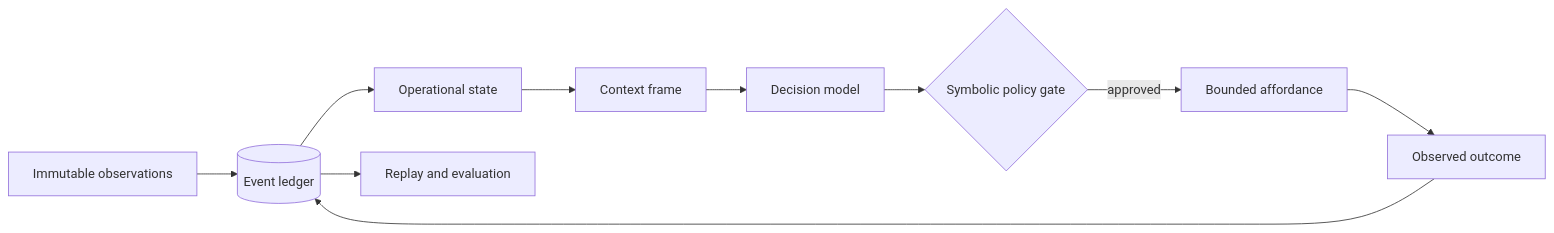
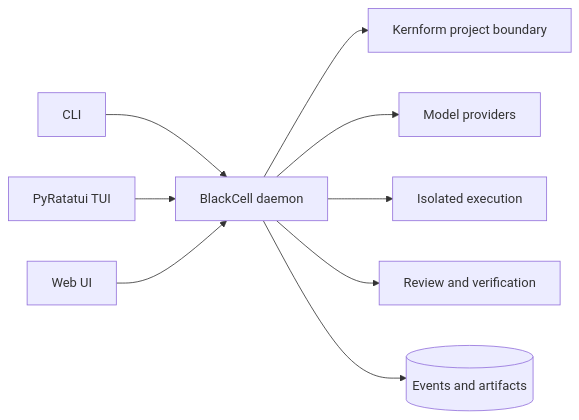
One commit to kmosoti/blackcell changed the diagram in README.md. Above: the diagram before and after it, drawn with Mermaid. The commit also changed other lines of this file and 168 other files, not shown here.

Commit message:
Build the BlackCell alpha runtime

````diff
--- a/README.md
+++ b/README.md
@@ -56,12 +48,11 @@
 ```mermaid
 flowchart LR
-    O[Immutable observations] --> L[(Event ledger)]
-    L --> S[Operational state]
-    S --> C[Context frame]
-    C --> M[Decision model]
-    M --> G{Symbolic policy gate}
-    G -->|approved| A[Bounded affordance]
-    A --> R[Observed outcome]
-    R --> L
-    L --> P[Replay and evaluation]
+    C[CLI] --> D[BlackCell daemon]
+    T[PyRatatui TUI] --> D
+    W[Web UI] --> D
+    D --> K[Kernform project boundary]
+    D --> P[Model providers]
+    D --> E[Isolated execution]
+    D --> R[Review and verification]
+    D --> L[(Events and artifacts)]
 ```
````
